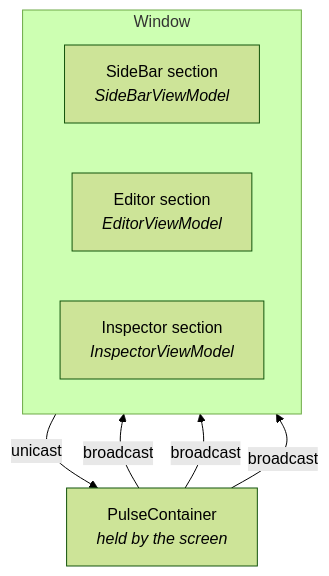
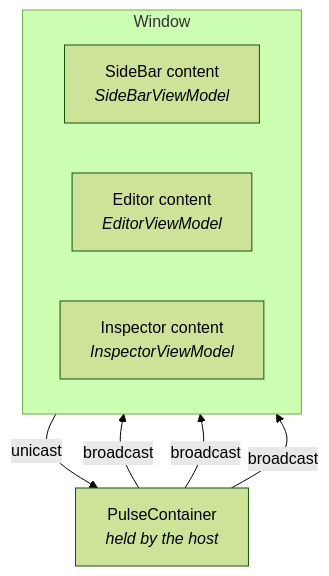
The diagram in docs/guide/index.md (kaleidot725/PulseDesktop), drawn with Mermaid (forest theme) before and after one commit. The commit also changed other lines of this file and 18 other files, not shown here.

First line of the commit message:
Document the host, content, section and component layout

````diff
--- a/docs/guide/index.md
+++ b/docs/guide/index.md
@@ -35,14 +36,14 @@
 ```mermaid
 flowchart TB
-    PC["PulseContainer<br/><i>held by the screen</i>"]
+    PC["PulseContainer<br/><i>held by the host</i>"]
     subgraph W["Window"]
         direction LR
-        A["SideBar section<br/><i>SideBarViewModel</i>"]
-        B["Editor section<br/><i>EditorViewModel</i>"]
-        C["Inspector section<br/><i>InspectorViewModel</i>"]
+        A["SideBar content<br/><i>SideBarViewModel</i>"]
+        B["Editor content<br/><i>EditorViewModel</i>"]
+        C["Inspector content<br/><i>InspectorViewModel</i>"]
     end
     B -- "unicast" --> PC
     PC -- "broadcast" --> A
     PC -- "broadcast" --> B
     PC -- "broadcast" --> C
 ```
````
